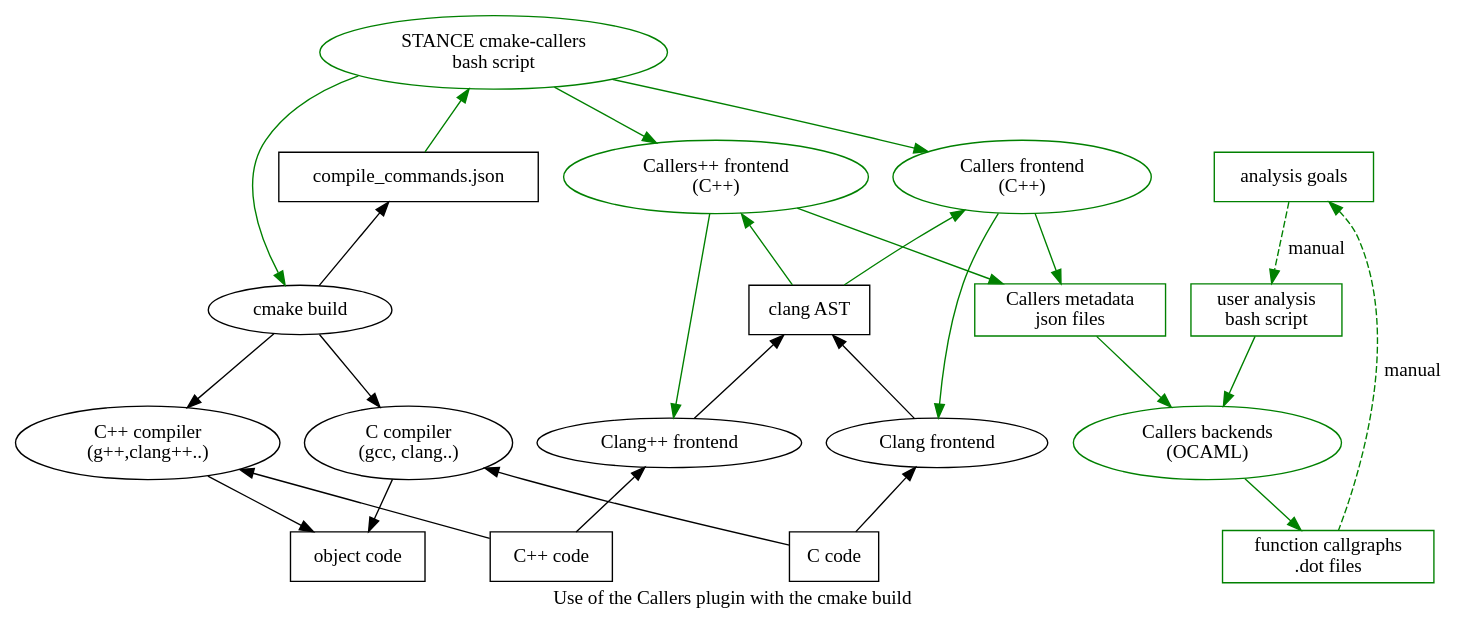
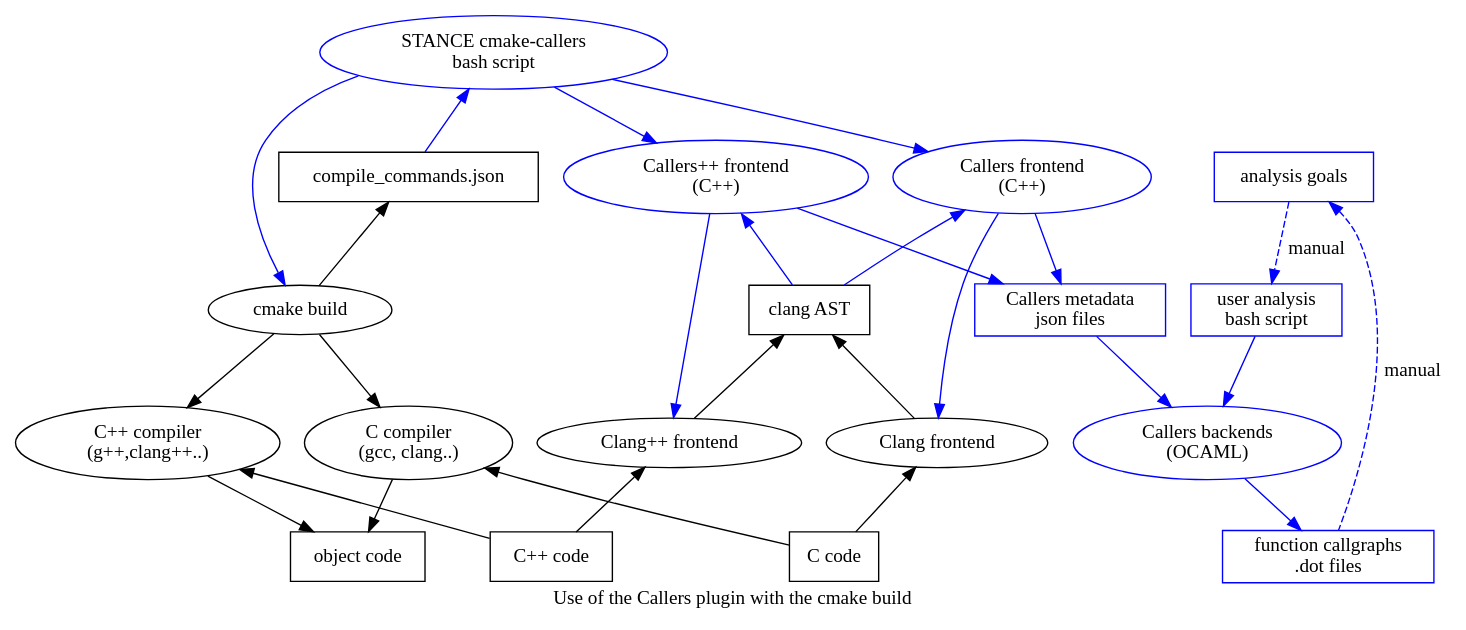
Before and after one commit to hbalp/callers: the second of 9 diagrams in doc/callers.org, drawn with Graphviz. The commit also changed other lines of this file, not shown here.

Commit message:
Cleaned some dot graph definitions and completed Frama-C security analysis big picture.

```diff
--- a/doc/callers.org
+++ b/doc/callers.org
@@ -236,7 +236,7 @@
 labelloc="b"
 label="Use of the Callers plugin with the cmake build"
 
-"cmake-callers" [ label="STANCE cmake-callers\nbash script", color=green ]
+"cmake-callers" [ label="STANCE cmake-callers\nbash script", color=blue ]
 
 // compilation
 "object code" [ shape="box" ]
@@ -254,18 +254,18 @@
 "cpp compiler" -> "object code"
 
 // cmake build
-"cmake-callers" -> "cmake build" [ color=green ]
+"cmake-callers" -> "cmake build" [ color=blue ]
 "compile_commands" [ label="compile_commands.json", shape=box ]
 "cmake build" -> "cpp compiler"
 "cmake build" -> "c compiler"
 //"cmake build" -> "compile_commands"
 "compile_commands" -> "cmake build" [ dir=back ]
 
-"cmake-callers" -> "compile_commands" [ dir=back, color=green ]
+"cmake-callers" -> "compile_commands" [ dir=back, color=blue ]
 
 // cmake callers analysis
-"cmake-callers" -> "callers frontend" [ color=green ]
-"cmake-callers" -> "callers++ frontend" [ color=green ]
+"cmake-callers" -> "callers frontend" [ color=blue ]
+"cmake-callers" -> "callers++ frontend" [ color=blue ]
 
 // clang compilation
 
@@ -282,31 +282,31 @@
 
 // callers analysis
 "metadata json file" [ label="Callers metadata\njson files" ]
-"metadata json file" [ shape="box", color=green ]
+"metadata json file" [ shape="box", color=blue ]
 
 // callers C code analysis
-"callers frontend" [ color=green, label="Callers frontend\n(C++)" ]
-"callers frontend" -> "clang frontend" [ color=green ]
-"callers frontend" -> "clang AST" [ dir=back, color=green ]
-"callers frontend" -> "metadata json file" [ color=green ]
+"callers frontend" [ color=blue, label="Callers frontend\n(C++)" ]
+"callers frontend" -> "clang frontend" [ color=blue ]
+"callers frontend" -> "clang AST" [ dir=back, color=blue ]
+"callers frontend" -> "metadata json file" [ color=blue ]
 
 // callers C++ code analysis
-"callers++ frontend" [ color=green, label="Callers++ frontend\n(C++)" ]
-"callers++ frontend" [ color=green ]
-"callers++ frontend" -> "clang++ frontend" [ color=green ]
-"callers++ frontend" -> "clang AST" [ dir=back, color=green ]
-"callers++ frontend" -> "metadata json file" [ color=green ]
+"callers++ frontend" [ color=blue, label="Callers++ frontend\n(C++)" ]
+"callers++ frontend" [ color=blue ]
+"callers++ frontend" -> "clang++ frontend" [ color=blue ]
+"callers++ frontend" -> "clang AST" [ dir=back, color=blue ]
+"callers++ frontend" -> "metadata json file" [ color=blue ]
 
 // callers backends
-"analysis goals" [ label="analysis goals", shape=box, color=green ]
-"user config" [ label="user analysis\nbash script", shape=box, color=green ]
-"analysis goals" -> "user config" [ style=dashed, label=manual, color=green ]
-"analysis goals" -> "function callgraphs" [ style=dashed, label="manual", dir=back, color=green ]
-"function callgraphs" [ label="function callgraphs\n.dot files", shape=box, color=green ]
-"callers backends" [ label="Callers backends\n(OCAML)", color="green" ]
-"metadata json file" -> "callers backends" [ color=green ]
-"user config" -> "callers backends" [ color=green ]
-"callers backends" -> "function callgraphs" [ color=green ]
+"analysis goals" [ label="analysis goals", shape=box, color=blue ]
+"user config" [ label="user analysis\nbash script", shape=box, color=blue ]
+"analysis goals" -> "user config" [ style=dashed, label=manual, color=blue ]
+"analysis goals" -> "function callgraphs" [ style=dashed, label="manual", dir=back, color=blue ]
+"function callgraphs" [ label="function callgraphs\n.dot files", shape=box, color=blue ]
+"callers backends" [ label="Callers backends\n(OCAML)", color="blue" ]
+"metadata json file" -> "callers backends" [ color=blue ]
+"user config" -> "callers backends" [ color=blue ]
+"callers backends" -> "function callgraphs" [ color=blue ]
 
 // frama-c++
 
```
